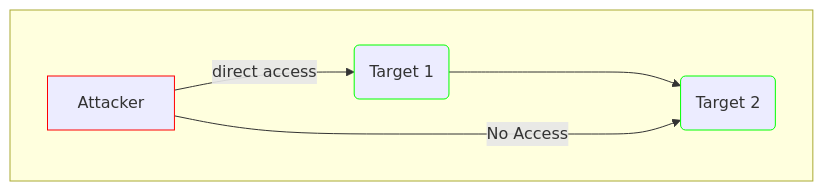
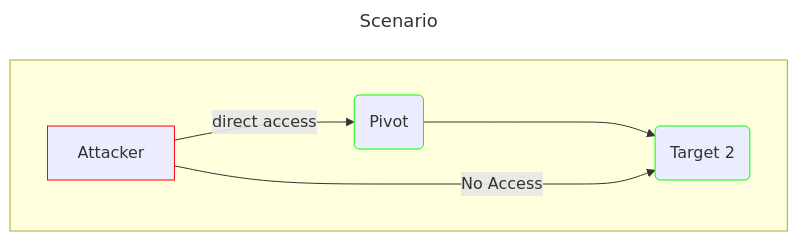
One commit to Bruno-Macedo/hacklab changed the first of 3 diagrams in 3_Network.md. Above: the diagram before and after it, drawn with Mermaid. The commit also changed other lines of this file and 2 other files, not shown here.

````diff
--- a/3_Network.md
+++ b/3_Network.md
@@ -36,11 +37,14 @@
 ```mermaid
+---
+title: Scenario
+---
 flowchart TD
 subgraph Z[" "]
 direction LR
-    A[Attacker]:::foo -->|direct access| B(Target 1):::bar ---> C(Target 2):::bar
+    A[Attacker]:::foo -->|direct access| B(Pivot):::bar ---> C(Target 2):::bar
     A[Attacker] --->|No Access| C(Target 2)
     classDef foo stroke:#f00
     classDef bar stroke:#0f0
 
 end
 ```
````
